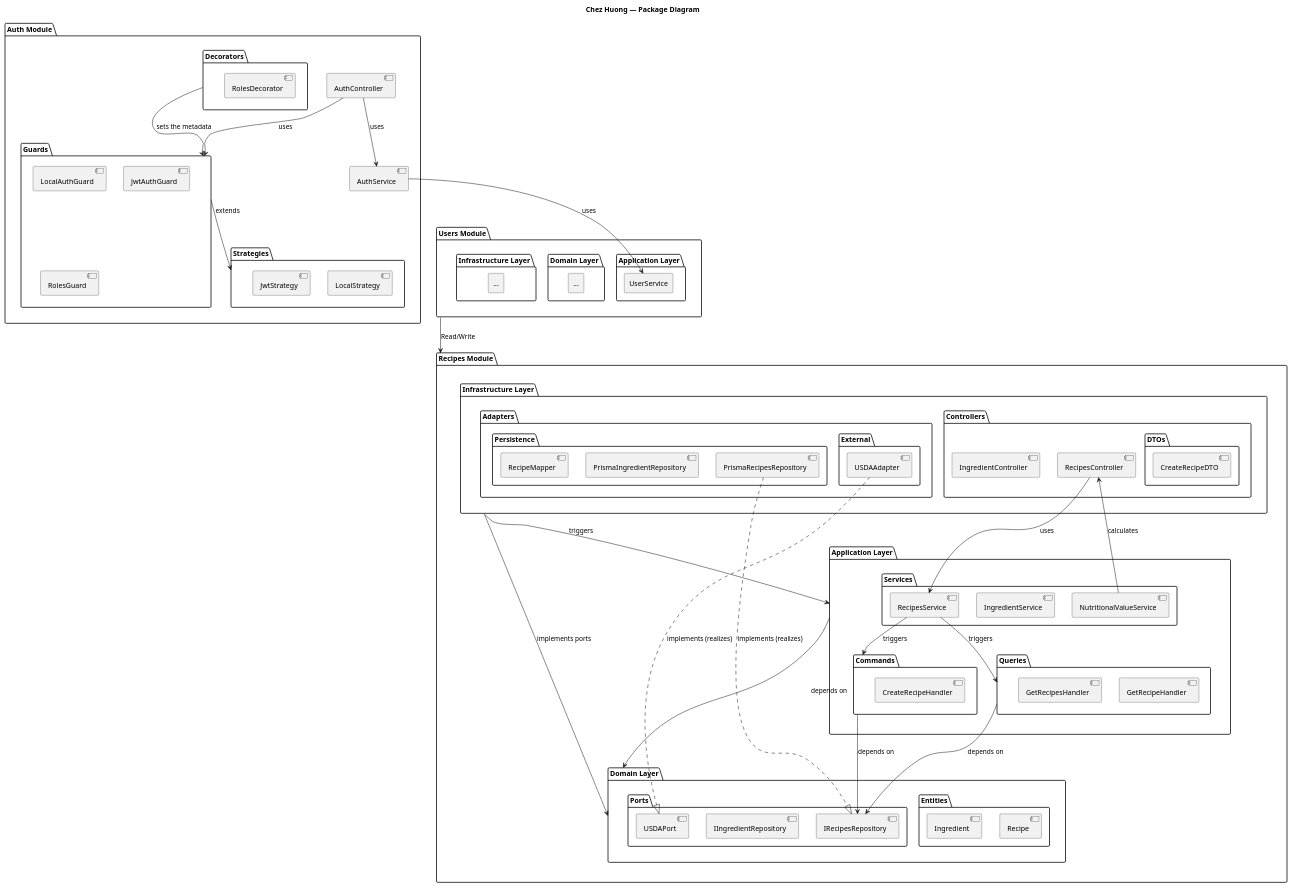
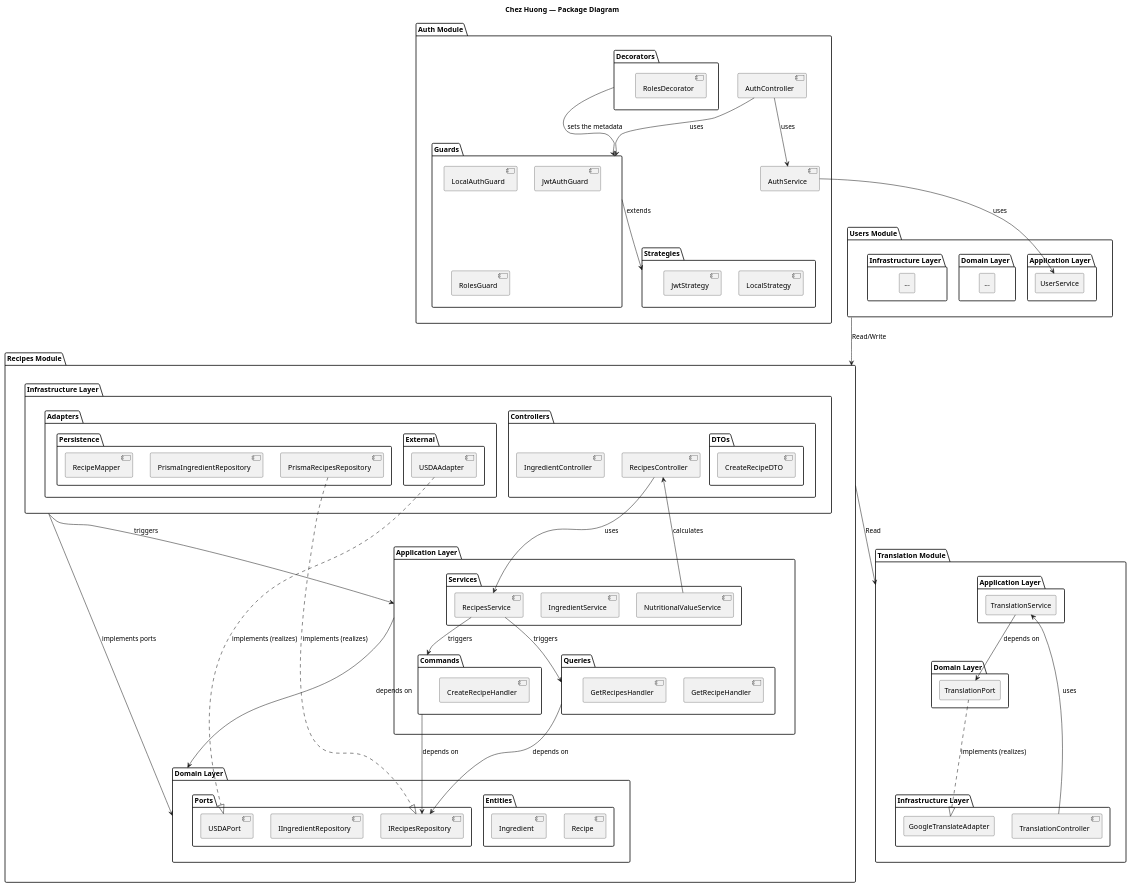
Before and after one commit to Orchydae/Chez_Huong: the diagram in docs/diagrams/package_diagram.puml, drawn with PlantUML. The commit also changed 11 other files, not shown here.

Commit message:
FEAT: Translation module

```diff
--- a/docs/diagrams/package_diagram.puml
+++ b/docs/diagrams/package_diagram.puml
@@ -1,114 +1,134 @@
 @startuml 
 title Chez Huong — Package Diagram
 
 skinparam defaultFontName Monospace
 
 package "Recipes Module" as Recipes {
     package "Application Layer" as RAL {
         package "Commands" as RecipesCommands {
             [CreateRecipeHandler]
         }
         package "Queries" as RecipesQueries {
             [GetRecipeHandler]
             [GetRecipesHandler]
         }
         package "Services" {
             [RecipesService]
             [IngredientService]
             [NutritionalValueService]
         }
     }
 
     package "Domain Layer" as RDL {
         package "Entities" {
             [Recipe]
             [Ingredient]
         }
         package "Ports" {
             [IRecipesRepository]
             [IIngredientRepository]
             [USDAPort]
         }
     }
 
     package "Infrastructure Layer" as RIL {
         package "Adapters" {
             package "Persistence" {
                 [PrismaRecipesRepository]
                 [PrismaIngredientRepository]
                 [RecipeMapper]
             }
             package "External" {
                 [USDAAdapter]
             }
         }
         package "Controllers" {
             [RecipesController]
             [IngredientController]
 
             package "DTOs" {
                 [CreateRecipeDTO]
             }
         }
     }
 
     ' Internal flows
     RAL --> RDL: depends on
     RIL --> RAL: triggers
     RIL --> RDL: implements ports
 
     RecipesController --> RecipesService: uses
     RecipesController <-- NutritionalValueService: calculates
     RecipesService --> RecipesCommands: triggers
     RecipesService --> RecipesQueries: triggers
     RecipesCommands --> IRecipesRepository : depends on
     RecipesQueries --> IRecipesRepository : depends on
     PrismaRecipesRepository ..|> IRecipesRepository: implements (realizes)
     USDAAdapter ..|> USDAPort: implements (realizes)
 }
 
 package "Users Module" as Users {
     package "Application Layer" {
         rectangle "UserService" as UserService
     }
 
     package "Domain Layer" {
         rectangle "..." as ddots
     }
 
     package "Infrastructure Layer" {
         rectangle "..." as idots
     }
 }
 
 package "Auth Module" as Auth {
     package "Guards" as AuthGuards{
         [LocalAuthGuard]
         [JwtAuthGuard]
         [RolesGuard]
     }
 
     package "Strategies" as AuthStrategies {
         [LocalStrategy]
         [JwtStrategy]
     }
 
     package "Decorators" as AuthDecorators {
         [RolesDecorator]
     }
 
     component "AuthController" as AuthController
     component "AuthService" as AuthService
 
     AuthController --> AuthGuards:  uses
     AuthController --> AuthService: uses
     AuthService --> UserService: uses
     AuthGuards --> AuthStrategies: extends
     AuthDecorators --> AuthGuards: sets the metadata
 }
 
+package "Translation Module" as Translation {
+    package "Application Layer" as TranslationAL {
+        rectangle "TranslationService" as TranslationService
+    }
+
+    package "Domain Layer" as TranslationDL {
+        rectangle "TranslationPort" as TranslationPort
+    }
+
+    package "Infrastructure Layer" as TranslationIL {
+        rectangle "GoogleTranslateAdapter" as GoogleTranslateAdapter
+        [TranslationController]
+    }
+
+    TranslationPort ..|> GoogleTranslateAdapter: implements (realizes)
+    TranslationService --> TranslationPort: depends on
+    TranslationController --> TranslationService: uses
+}
+
 ' Dependencies
 Users --> Recipes: Read/Write
+Recipes --> Translation: Read
 
 
 @enduml
```
